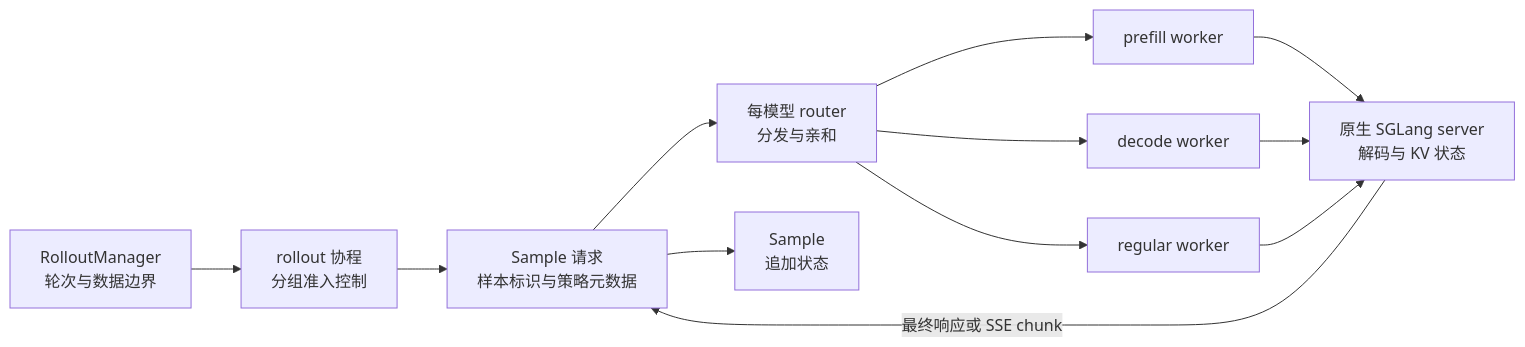
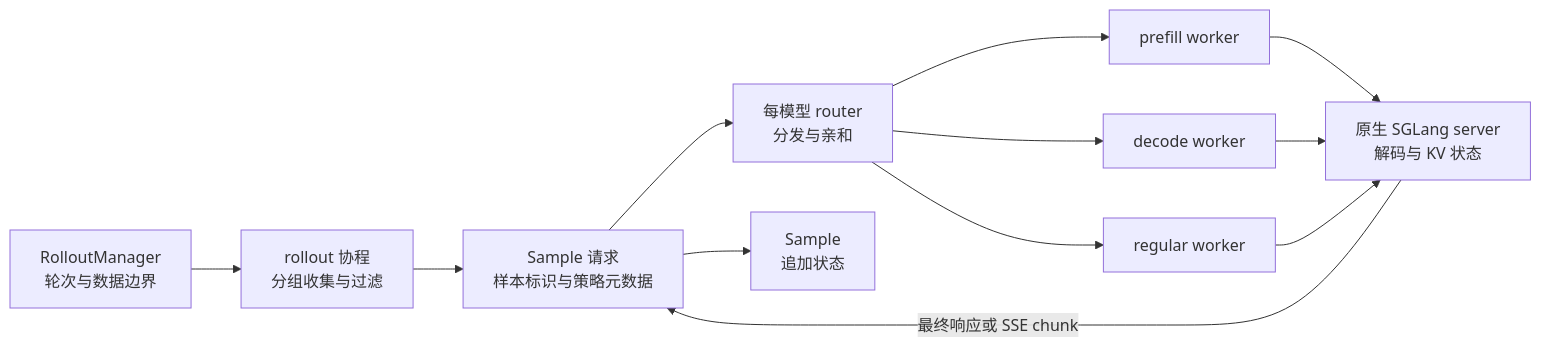
The first of 4 diagrams in wiki/02_engineering/04_posttrain_frameworks/slime/13_slime_sglang_rollout_engine_analysis.md (suhaibo666/llm-knowledge), drawn with Mermaid before and after one commit. The commit also changed other lines of this file and 27 other files, not shown here.

````diff
--- a/wiki/02_engineering/04_posttrain_frameworks/slime/13_slime_sglang_rollout_engine_analysis.md
+++ b/wiki/02_engineering/04_posttrain_frameworks/slime/13_slime_sglang_rollout_engine_analysis.md
@@ -36,14 +36,14 @@
 ```mermaid
 flowchart LR
-    RM["RolloutManager<br/>轮次与数据边界"] --> GL["rollout 协程<br/>分组准入控制"]
+    RM["RolloutManager<br/>轮次与数据边界"] --> GL["rollout 协程<br/>分组收集与过滤"]
     GL --> RQ["Sample 请求<br/>样本标识与策略元数据"]
     RQ --> RT["每模型 router<br/>分发与亲和"]
     RT --> PF["prefill worker"]
     RT --> DC["decode worker"]
     RT --> RG["regular worker"]
     PF --> SG["原生 SGLang server<br/>解码与 KV 状态"]
     DC --> SG
     RG --> SG
     SG -->|最终响应或 SSE chunk| RQ
     RQ --> SM["Sample<br/>追加状态"]
 ```
````
